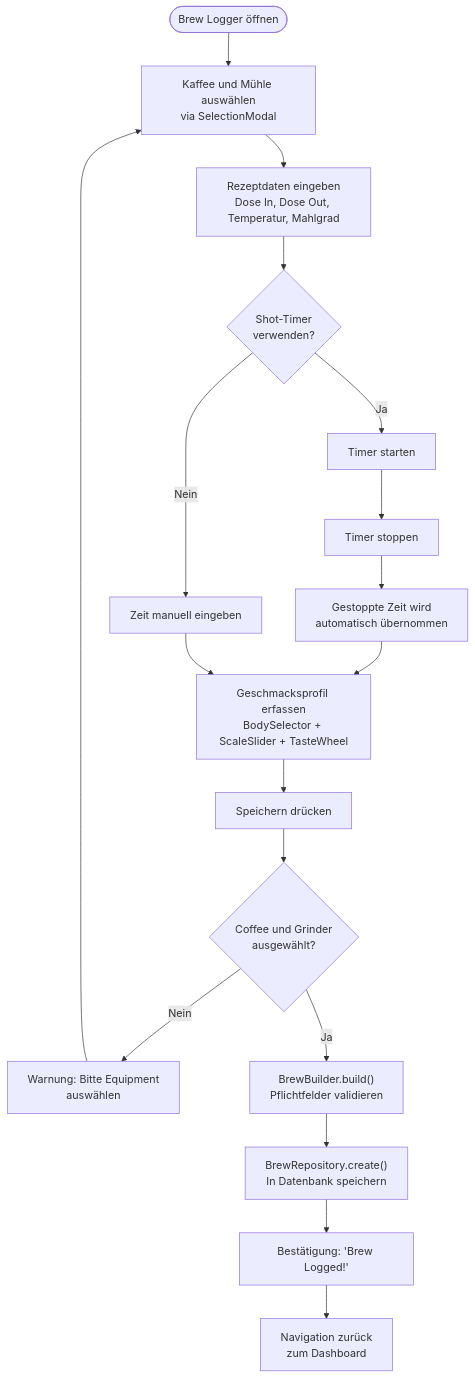
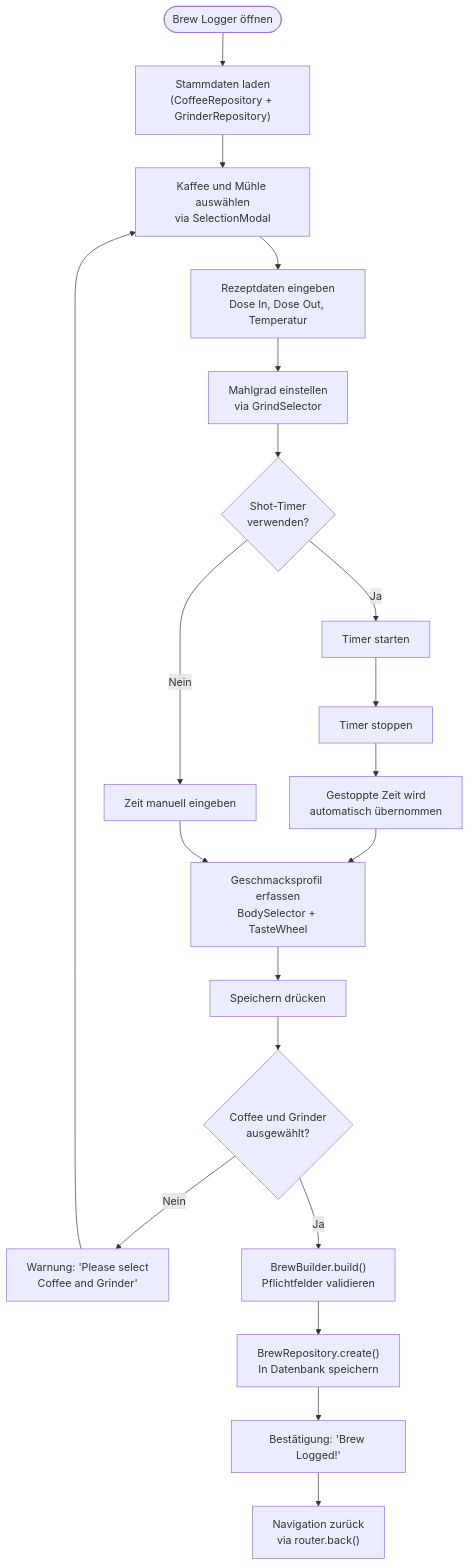
The third of 4 diagrams in README.md (zobe03/Coffee-app), drawn with Mermaid before and after one commit. The commit also changed other lines of this file, not shown here.

Commit message:
neie diagramme

````diff
--- a/README.md
+++ b/README.md
@@ -497,26 +536,28 @@
 ```mermaid
 flowchart TD
-    Start([Brew Logger öffnen]) --> SelectEquipment[Kaffee und Mühle auswählen<br/>via SelectionModal]
-    SelectEquipment --> EnterRecipe[Rezeptdaten eingeben<br/>Dose In, Dose Out, Temperatur, Mahlgrad]
-    EnterRecipe --> Timer{Shot-Timer<br/>verwenden?}
+    Start([Brew Logger öffnen]) --> LoadData["Stammdaten laden<br/>(CoffeeRepository + GrinderRepository)"]
+    LoadData --> SelectEquipment[Kaffee und Mühle auswählen<br/>via SelectionModal]
+    SelectEquipment --> EnterRecipe[Rezeptdaten eingeben<br/>Dose In, Dose Out, Temperatur]
+    EnterRecipe --> GrindSelect[Mahlgrad einstellen<br/>via GrindSelector]
+    GrindSelect --> Timer{Shot-Timer<br/>verwenden?}
     
     Timer -->|Ja| StartTimer[Timer starten]
     StartTimer --> StopTimer[Timer stoppen]
     StopTimer --> AutoFill[Gestoppte Zeit wird<br/>automatisch übernommen]
     AutoFill --> TasteProfile
     
     Timer -->|Nein| ManualTime[Zeit manuell eingeben]
     ManualTime --> TasteProfile
 
-    TasteProfile[Geschmacksprofil erfassen<br/>BodySelector + ScaleSlider + TasteWheel]
+    TasteProfile[Geschmacksprofil erfassen<br/>BodySelector + TasteWheel]
     TasteProfile --> Save[Speichern drücken]
     
     Save --> ValidateEquipment{Coffee und Grinder<br/>ausgewählt?}
-    ValidateEquipment -->|Nein| ShowWarning[Warnung: Bitte Equipment<br/>auswählen]
+    ValidateEquipment -->|Nein| ShowWarning["Warnung: 'Please select<br/>Coffee and Grinder'"]
     ShowWarning --> SelectEquipment
 
     ValidateEquipment -->|Ja| BuildBrew["BrewBuilder.build()<br/>Pflichtfelder validieren"]
     BuildBrew --> Persist["BrewRepository.create()<br/>In Datenbank speichern"]
     Persist --> Confirm["Bestätigung: 'Brew Logged!'"]
-    Confirm --> Navigate[Navigation zurück<br/>zum Dashboard]
+    Confirm --> Navigate["Navigation zurück<br/>via router.back()"]
 ```
````
